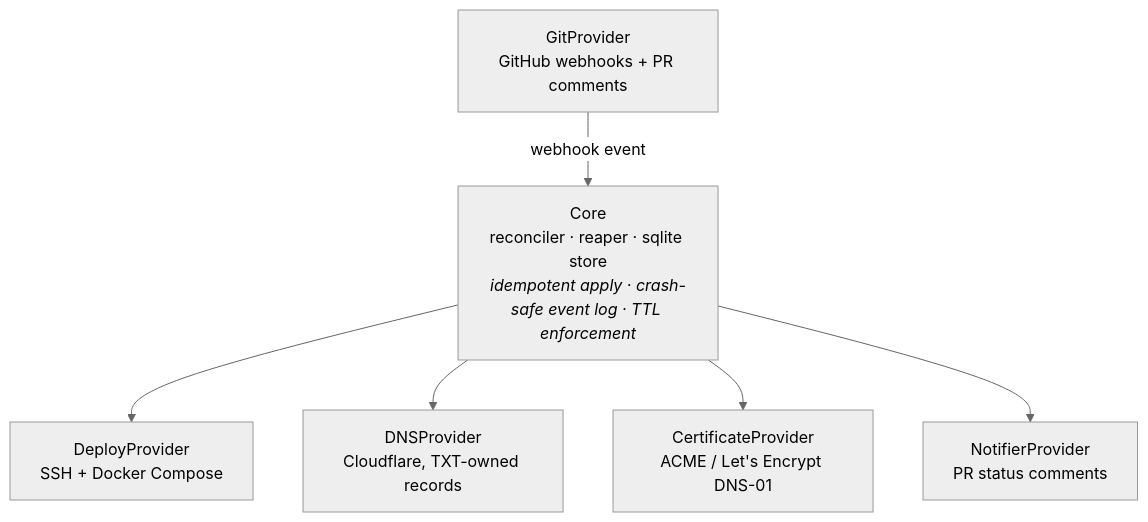
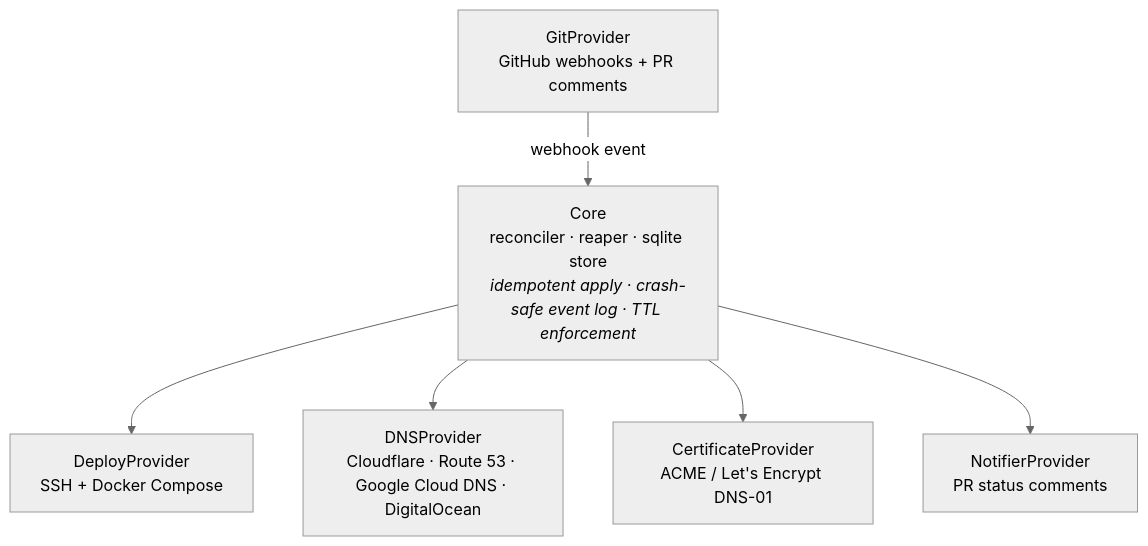
The first of 2 diagrams in README.md (khanalsaroj/ramify), drawn with Mermaid (neutral theme) before and after one commit. The commit also changed other lines of this file and 12 other files, not shown here.

````diff
--- a/README.md
+++ b/README.md
@@ -84,15 +84,15 @@
 ```mermaid
 flowchart TB
     Core["Core<br/>reconciler · reaper · sqlite store<br/><i>idempotent apply · crash-safe event log · TTL enforcement</i>"]
     GH["GitProvider<br/>GitHub webhooks + PR comments"]
     DP["DeployProvider<br/>SSH + Docker Compose"]
-    DNS["DNSProvider<br/>Cloudflare, TXT-owned records"]
+    DNS["DNSProvider<br/>Cloudflare · Route 53 · Google Cloud DNS · DigitalOcean"]
     CERT["CertificateProvider<br/>ACME / Let's Encrypt DNS-01"]
     NOT["NotifierProvider<br/>PR status comments"]
 
     GH -- "webhook event" --> Core
     Core --> DP
     Core --> DNS
     Core --> CERT
     Core --> NOT
 ```
````
